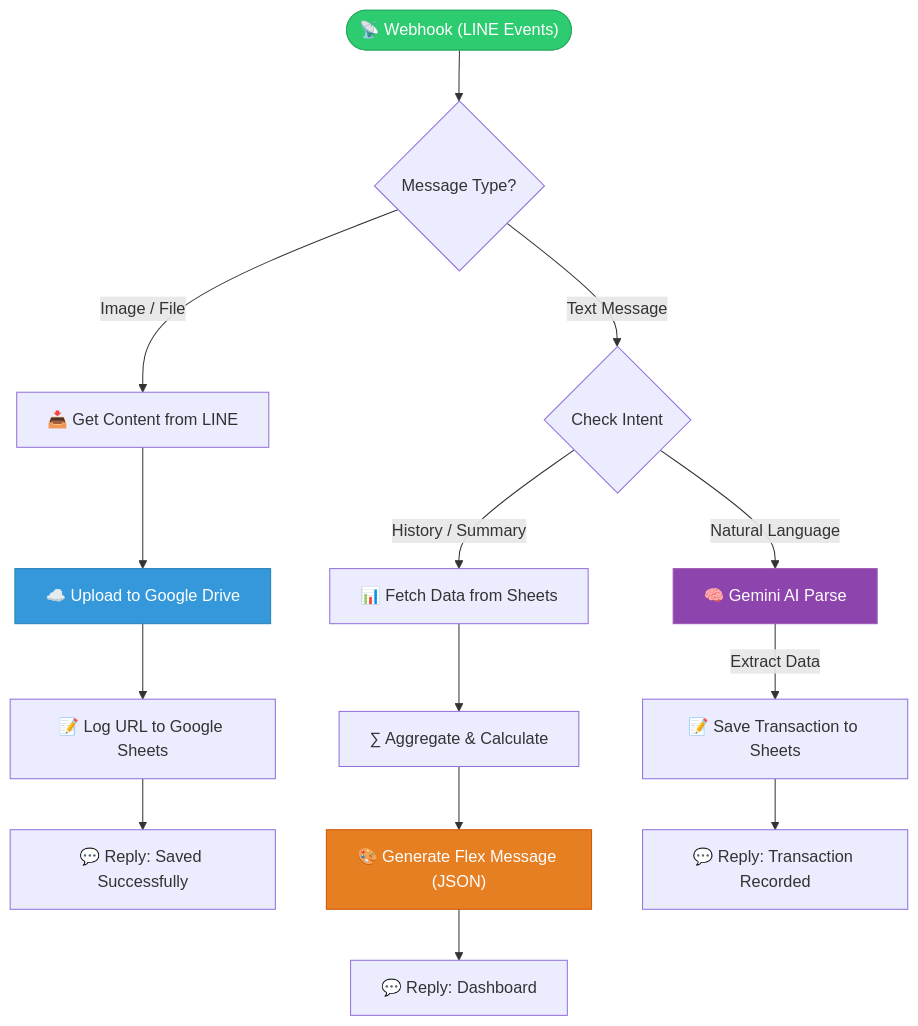
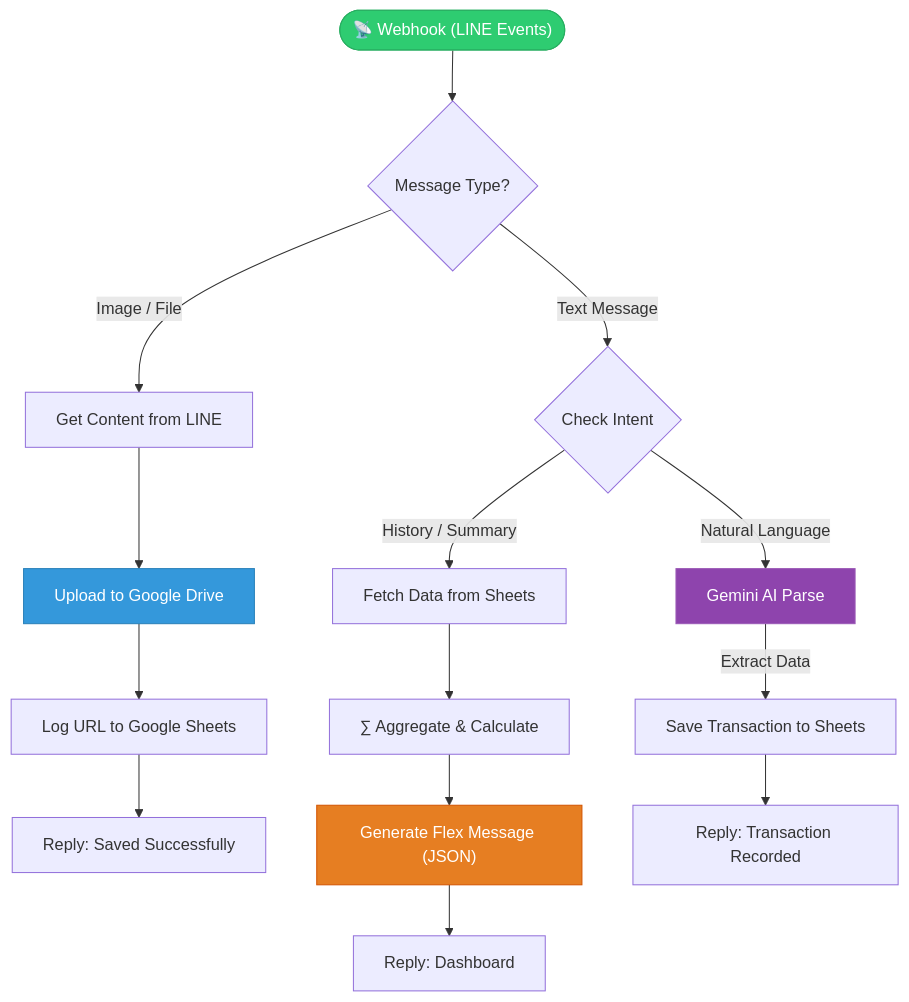
Before and after one commit to thongfuu/nongmas-line-chatbot: the diagram in README.md, drawn with Mermaid.

````diff
--- a/README.md
+++ b/README.md
@@ -31,30 +31,30 @@
 ```mermaid
 graph TD
     Start(["📡 Webhook (LINE Events)"]) --> Router{"Message Type?"}
 
     %% --- File/Image Handling Branch ---
-    Router -- "Image / File" --> GetFile["📥 Get Content from LINE"]
-    GetFile --> UpDrive["☁️ Upload to Google Drive"]
-    UpDrive --> LogSheet["📝 Log URL to Google Sheets"]
-    LogSheet --> ReplyFile["💬 Reply: Saved Successfully"]
+    Router -- "Image / File" --> GetFile["Get Content from LINE"]
+    GetFile --> UpDrive["Upload to Google Drive"]
+    UpDrive --> LogSheet["Log URL to Google Sheets"]
+    LogSheet --> ReplyFile["Reply: Saved Successfully"]
 
     %% --- Text Handling Branch ---
     Router -- "Text Message" --> IntentCheck{"Check Intent"}
     
     %% Intent: History/Summary
-    IntentCheck -- "History / Summary" --> FetchData["📊 Fetch Data from Sheets"]
+    IntentCheck -- "History / Summary" --> FetchData["Fetch Data from Sheets"]
     FetchData --> AggData["∑ Aggregate & Calculate"]
-    AggData --> GenFlex["🎨 Generate Flex Message (JSON)"]
-    GenFlex --> ReplyFlex["💬 Reply: Dashboard"]
+    AggData --> GenFlex["Generate Flex Message (JSON)"]
+    GenFlex --> ReplyFlex["Reply: Dashboard"]
 
     %% Intent: Transaction (Income/Expense)
-    IntentCheck -- "Natural Language" --> AI["🧠 Gemini AI Parse"]
-    AI -- "Extract Data" --> SaveTx["📝 Save Transaction to Sheets"]
-    SaveTx --> ReplyTx["💬 Reply: Transaction Recorded"]
+    IntentCheck -- "Natural Language" --> AI["Gemini AI Parse"]
+    AI -- "Extract Data" --> SaveTx["Save Transaction to Sheets"]
+    SaveTx --> ReplyTx["Reply: Transaction Recorded"]
 
     %% Styles
     style Start fill:#2ecc71,stroke:#27ae60,color:white
     style AI fill:#8e44ad,stroke:#9b59b6,color:white
     style UpDrive fill:#3498db,stroke:#2980b9,color:white
     style GenFlex fill:#e67e22,stroke:#d35400,color:white
 ```
````
